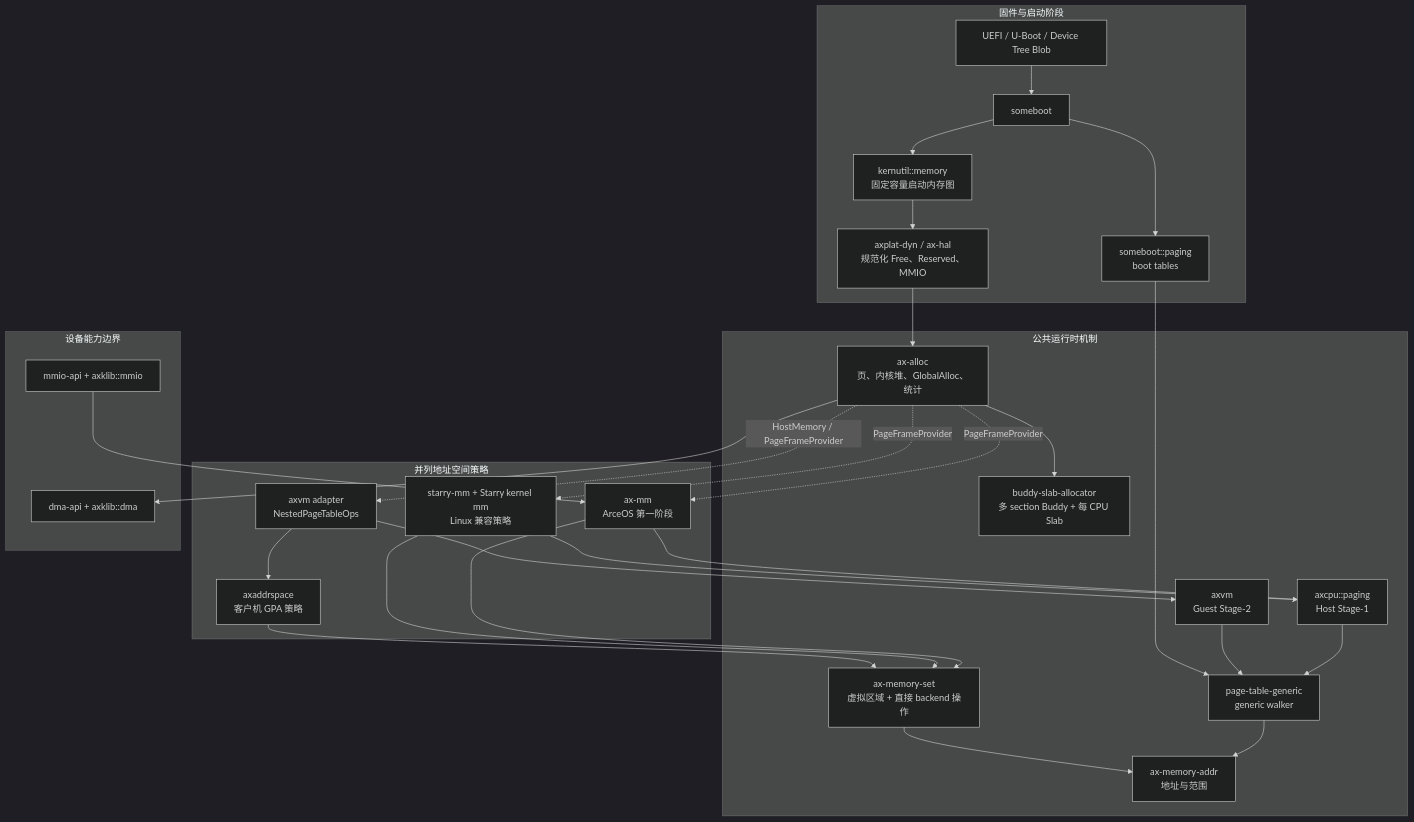
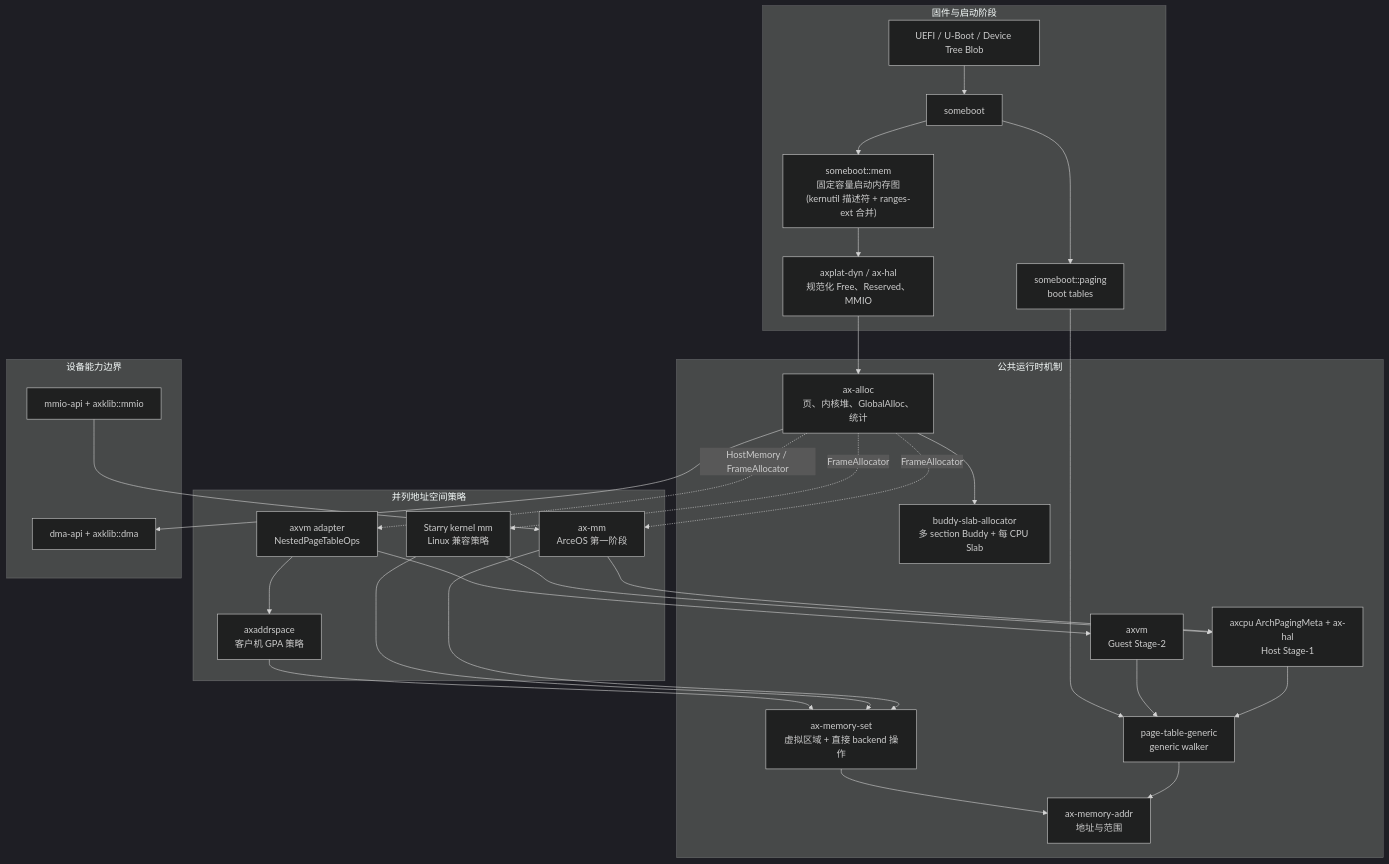
Before and after one commit to rcore-os/tgoskits: the first of 3 diagrams in docs/docs/architecture/memory/overview.md, drawn with Mermaid (dark theme). The commit also changed other lines of this file and 13 other files, not shown here.

Commit message:
docs(memory): align architecture docs with actual implementation

````diff
--- a/docs/docs/architecture/memory/overview.md
+++ b/docs/docs/architecture/memory/overview.md
@@ -16,49 +16,49 @@
 ```mermaid
 flowchart TB
     subgraph Firmware["固件与启动阶段"]
         FW["UEFI / U-Boot / Device Tree Blob"] --> BOOT["someboot"]
-        BOOT --> BMAP["kernutil::memory\n固定容量启动内存图"]
+        BOOT --> BMAP["someboot::mem\n固定容量启动内存图\n(kernutil 描述符 + ranges-ext 合并)"]
         BOOT --> BOOTPT["someboot::paging\nboot tables"]
         BMAP --> HANDOFF["axplat-dyn / ax-hal\n规范化 Free、Reserved、MMIO"]
     end
 
     subgraph Runtime["公共运行时机制"]
         HANDOFF --> ALLOC["ax-alloc\n页、内核堆、GlobalAlloc、统计"]
         ALLOC --> BS["buddy-slab-allocator\n多 section Buddy + 每 CPU Slab"]
         CORE["page-table-generic\ngeneric walker"]
-        HOSTPT["axcpu::paging\nHost Stage-1"]
+        HOSTPT["axcpu ArchPagingMeta + ax-hal\nHost Stage-1"]
         GUESTPT["axvm\nGuest Stage-2"]
         SET["ax-memory-set\n虚拟区域 + 直接 backend 操作"]
         ADDR["ax-memory-addr\n地址与范围"]
         CORE --> ADDR
         HOSTPT --> CORE
         GUESTPT --> CORE
         BOOTPT --> CORE
         SET --> ADDR
     end
 
     subgraph Policy["并列地址空间策略"]
         AXMM["ax-mm\nArceOS 第一阶段"]
-        STARRY["starry-mm + Starry kernel mm\nLinux 兼容策略"]
+        STARRY["Starry kernel mm\nLinux 兼容策略"]
         AXAS["axaddrspace\n客户机 GPA 策略"]
         AXVM["axvm adapter\nNestedPageTableOps"]
         AXMM --> HOSTPT
         AXMM --> SET
         STARRY --> HOSTPT
         STARRY --> SET
         AXAS --> SET
         AXVM --> AXAS
         AXVM --> GUESTPT
     end
 
     subgraph Device["设备能力边界"]
         DMA["dma-api + axklib::dma"]
         MMIO["mmio-api + axklib::mmio"]
     end
 
-    ALLOC -. "PageFrameProvider" .-> AXMM
-    ALLOC -. "PageFrameProvider" .-> STARRY
-    ALLOC -. "HostMemory / PageFrameProvider" .-> AXVM
+    ALLOC -. "FrameAllocator" .-> AXMM
+    ALLOC -. "FrameAllocator" .-> STARRY
+    ALLOC -. "HostMemory / FrameAllocator" .-> AXVM
     ALLOC --> DMA
     MMIO --> AXMM
 ```
````
